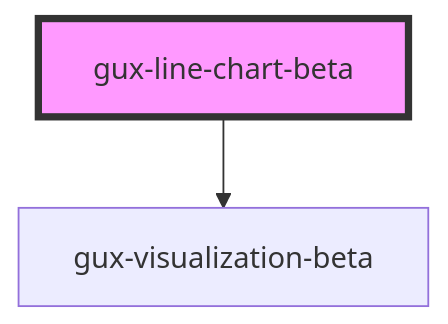
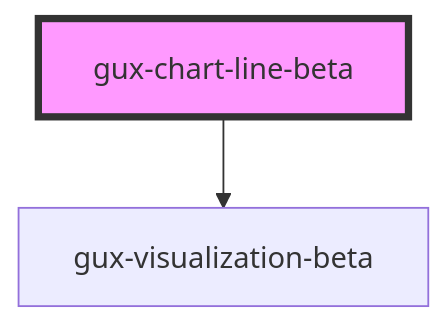
One commit to MyPureCloud/genesys-spark changed the diagram in src/components/beta/gux-chart-line/readme.md. Above: the diagram before and after it, drawn with Mermaid. The commit also changed other lines of this file and 7 other files, not shown here.

Commit message:
feat(gux-chart): extract defaults, throw errors without required fields, extract colors, examples

````diff
--- a/src/components/beta/gux-chart-line/readme.md
+++ b/src/components/beta/gux-chart-line/readme.md
@@ -31,5 +38,5 @@
 ```mermaid
 graph TD;
-  gux-line-chart-beta --> gux-visualization-beta
-  style gux-line-chart-beta fill:#f9f,stroke:#333,stroke-width:4px
+  gux-chart-line-beta --> gux-visualization-beta
+  style gux-chart-line-beta fill:#f9f,stroke:#333,stroke-width:4px
 ```
````
